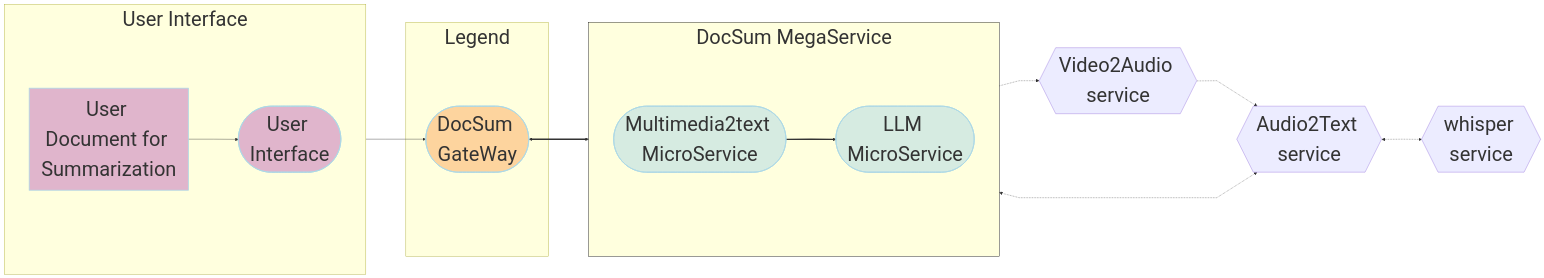
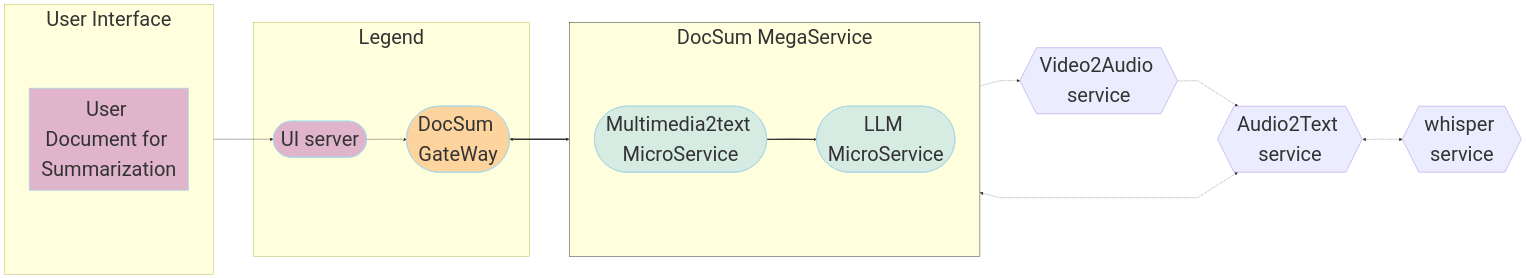
The second of 2 diagrams in DocSum/README.md (opea-project/GenAIExamples), drawn with Mermaid before and after one commit.

Commit message:
update read me file

````diff
--- a/DocSum/README.md
+++ b/DocSum/README.md
@@ -129,57 +129,58 @@
 ```mermaid
 ---
 config:
   flowchart:
     nodeSpacing: 400
     rankSpacing: 100
     curve: linear
   themeVariables:
     fontSize: 50px
 ---
 flowchart LR
     %% Colors %%
     classDef blue fill:#ADD8E6,stroke:#ADD8E6,stroke-width:2px,fill-opacity:0.5
     classDef orange fill:#FBAA60,stroke:#ADD8E6,stroke-width:2px,fill-opacity:0.5
     classDef orchid fill:#C26DBC,stroke:#ADD8E6,stroke-width:2px,fill-opacity:0.5
     classDef invisible fill:transparent,stroke:transparent;
     style DocSum-MegaService stroke:#000000
+
+    subgraph Legend
+        UI([User Interface])
+        GW([DocSum GateWay])    
+    end
 
     %% Subgraphs %%
     subgraph DocSum-MegaService["DocSum MegaService "]
         direction LR
         M2T([Multimedia2text MicroService]):::blue
         LLM([LLM MicroService]):::blue
     end
     subgraph UserInterface[" User Interface "]
         direction LR
         a([User Input Query]):::orchid
         UI([UI server<br>]):::orchid
     end
 
 
     A2T_SRV{{Audio2Text service<br>}}
     V2A_SRV{{Video2Audio service<br>}}
     WSP_SRV{{whisper service<br>}}
     GW([DocSum GateWay<br>]):::orange
 
 
     %% Questions interaction
     direction LR
     a[User Document for Summarization] --> UI
     UI --> GW
     GW <==> DocSum-MegaService
     M2T ==> LLM
     
     %% Embedding service flow
     direction LR
     M2T .-> V2A_SRV
     M2T <-.-> A2T_SRV <-.-> WSP_SRV
     V2A_SRV .-> A2T_SRV 
     
-    subgraph Legend
-        UI([User Interface])
-        GW([DocSum GateWay])
-        
-    end
+
 
 ```
````
